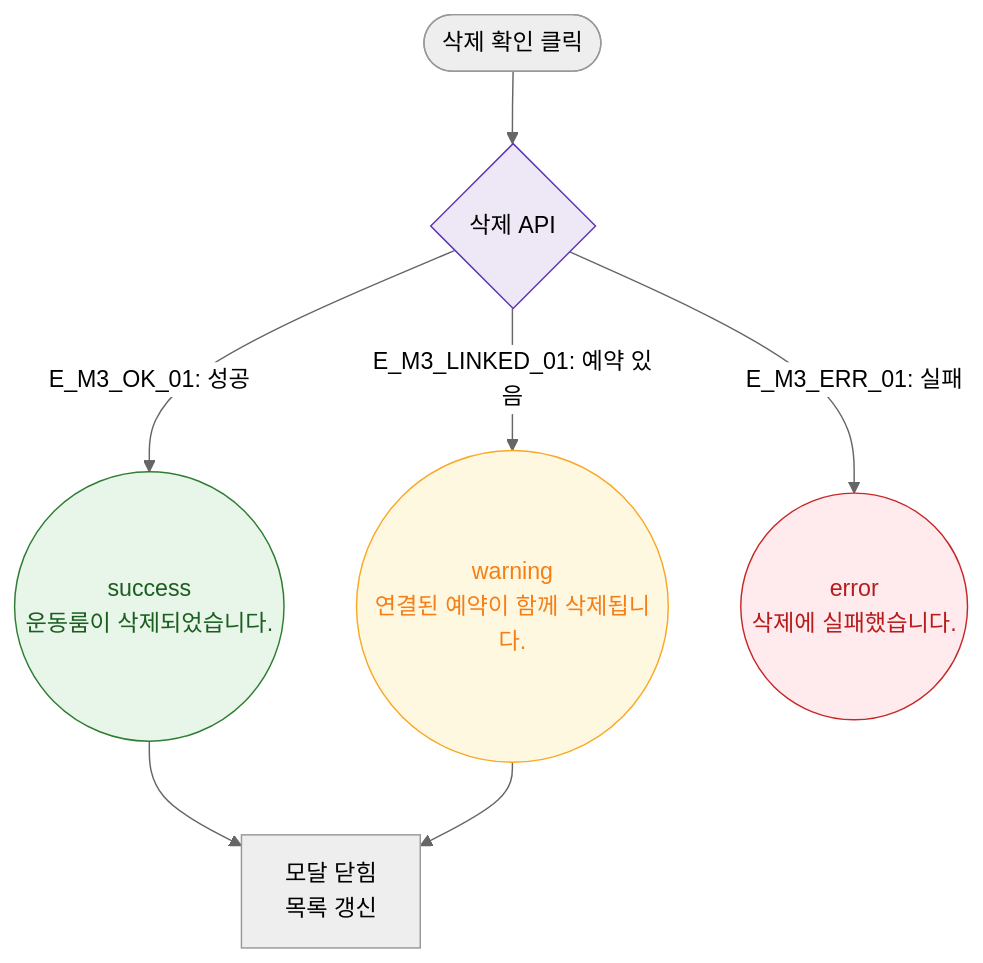
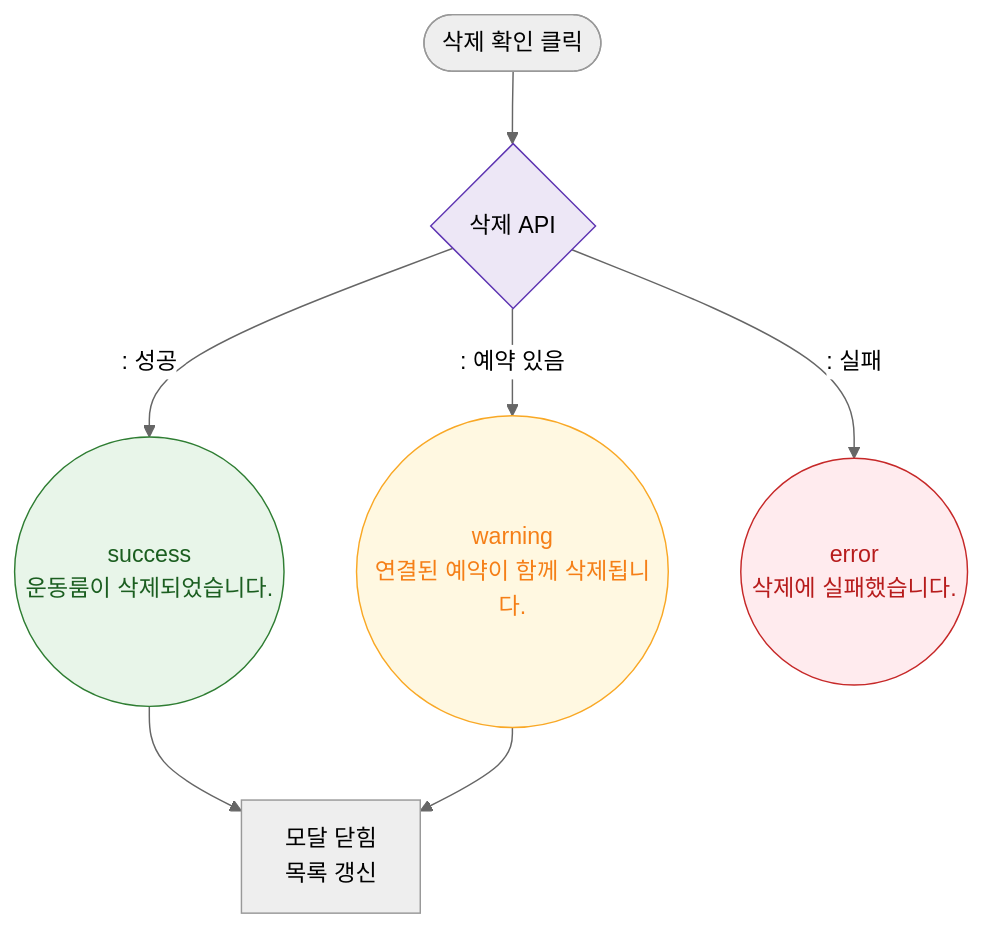
Before and after one commit to dev-spogym/admin-pando: the diagram in docs/다이어그램/D06_시설관리/DLG/DLG-053-002_룸삭제확인/M3_결과분기.md, drawn with Mermaid (neutral theme). The commit also changed other lines of this file and 1660 other files, not shown here.

First line of the commit message:
다이어그램: 기획자/클라이언트 납품본으로 정리

````diff
--- a/docs/다이어그램/D06_시설관리/DLG/DLG-053-002_룸삭제확인/M3_결과분기.md
+++ b/docs/다이어그램/D06_시설관리/DLG/DLG-053-002_룸삭제확인/M3_결과분기.md
@@ -16,17 +14,17 @@
 ```mermaid
 flowchart TD
     ACTION([삭제 확인 클릭]) --> DeleteAPI{삭제 API}
-    DeleteAPI -->|"E_M3_OK_01: 성공"| SuccessToast((success\n운동룸이 삭제되었습니다.))
-    DeleteAPI -->|"E_M3_LINKED_01: 예약 있음"| WarnToast((warning\n연결된 예약이 함께 삭제됩니다.))
-    DeleteAPI -->|"E_M3_ERR_01: 실패"| ErrorToast((error\n삭제에 실패했습니다.))
+    DeleteAPI -->|": 성공"|SuccessToast((success\n운동룸이 삭제되었습니다.))
+    DeleteAPI -->|": 예약 있음"|WarnToast((warning\n연결된 예약이 함께 삭제됩니다.))
+    DeleteAPI -->|": 실패"|ErrorToast((error\n삭제에 실패했습니다.))
     SuccessToast & WarnToast --> CLOSE[모달 닫힘\n목록 갱신]
 
     classDef success fill:#E8F5E9,stroke:#2E7D32,color:#1B5E20
     classDef warning fill:#FFF8E1,stroke:#F9A825,color:#F57F17
     classDef error fill:#FFEBEE,stroke:#C62828,color:#B71C1C
     classDef system fill:#EDE7F6,stroke:#5E35B2
     class SuccessToast success
     class WarnToast warning
     class ErrorToast error
     class DeleteAPI system
 ```
````
